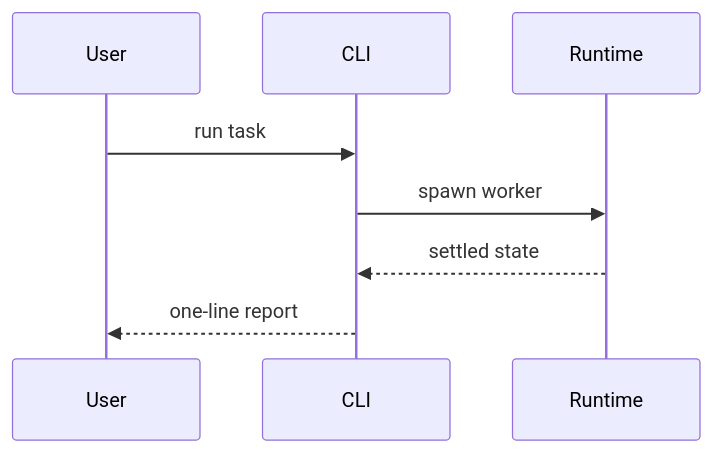
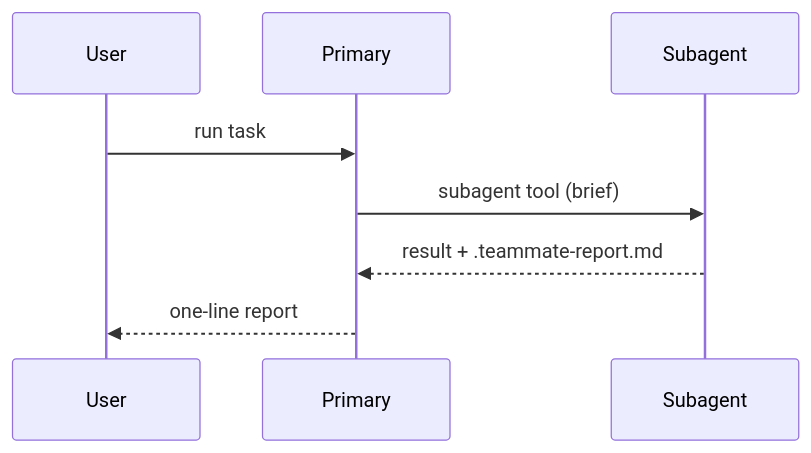
Before and after one commit to mohammadhprp/teammate: the diagram in src/skills/showcase-work/examples.md, drawn with Mermaid. The commit also changed 31 other files, not shown here.

````diff
--- a/src/skills/showcase-work/examples.md
+++ b/src/skills/showcase-work/examples.md
@@ -70,10 +70,10 @@
 ```mermaid
 sequenceDiagram
     participant User
-    participant CLI
-    participant Runtime
-    User->>CLI: run task
-    CLI->>Runtime: spawn worker
-    Runtime-->>CLI: settled state
-    CLI-->>User: one-line report
+    participant Primary
+    participant Subagent
+    User->>Primary: run task
+    Primary->>Subagent: subagent tool (brief)
+    Subagent-->>Primary: result + .teammate-report.md
+    Primary-->>User: one-line report
 ```
````
